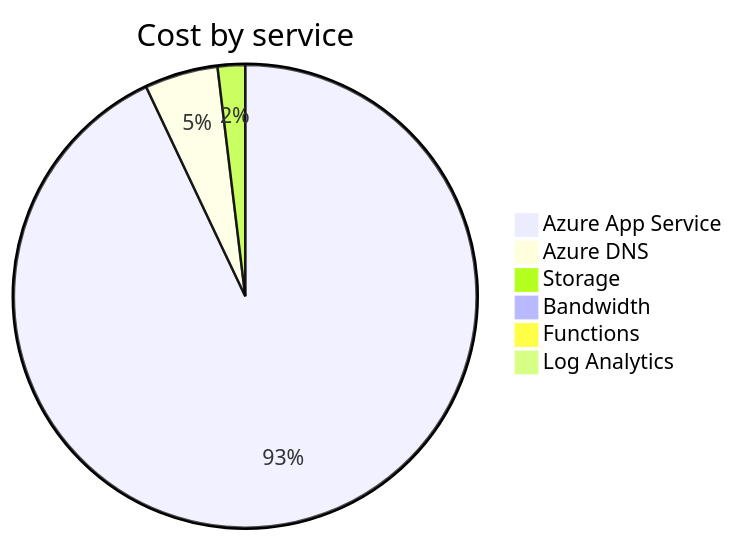
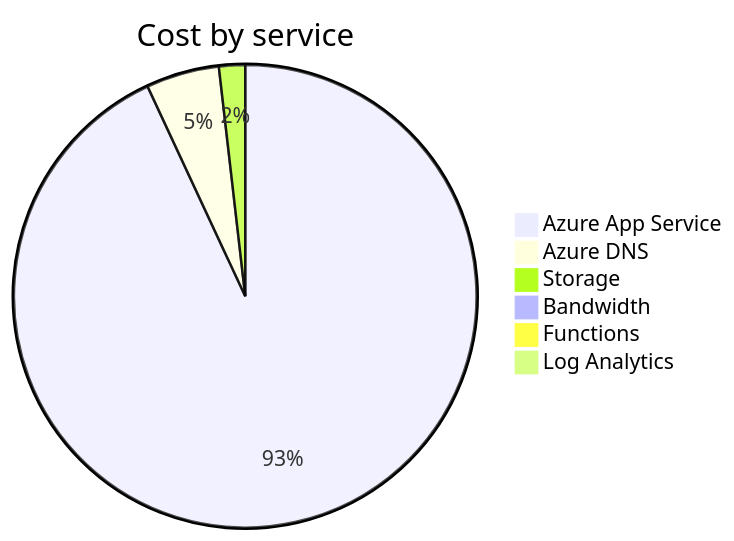
Before and after one commit to jpfulton/azure-personal-reports: the second of 4 diagrams in cost-reports/accumulated-cost.md, drawn with Mermaid. The commit also changed other lines of this file and 4 other files, not shown here.

````diff
--- a/cost-reports/accumulated-cost.md
+++ b/cost-reports/accumulated-cost.md
@@ -100,10 +100,10 @@
 ```mermaid
 pie
    title Cost by service
-   "Azure App Service" : 4.36
-   "Azure DNS" : 0.24
-   "Storage" : 0.09
+   "Azure App Service" : 5.10
+   "Azure DNS" : 0.28
+   "Storage" : 0.10
    "Bandwidth" : 0.00
    "Functions" : 0.00
    "Log Analytics" : 0.00
 ```
````
